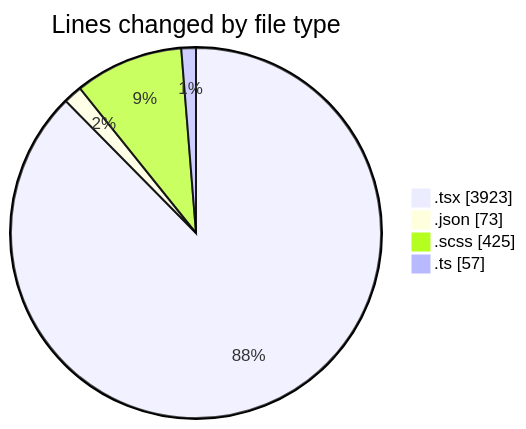
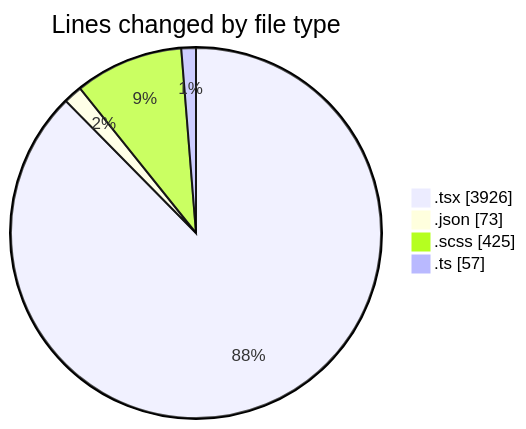
Before and after one commit to momahboobian/code-tracking: the first of 2 diagrams in 2025-10-02/cda/README.md, drawn with Mermaid. The commit also changed other lines of this file and 1 other file, not shown here.

````diff
--- a/2025-10-02/cda/README.md
+++ b/2025-10-02/cda/README.md
@@ -29,8 +29,8 @@
 ```mermaid
 pie showData
 title Lines changed by file type
-".tsx" : 3923
+".tsx" : 3926
 ".json" : 73
 ".scss" : 425
 ".ts" : 57
 ```
````
